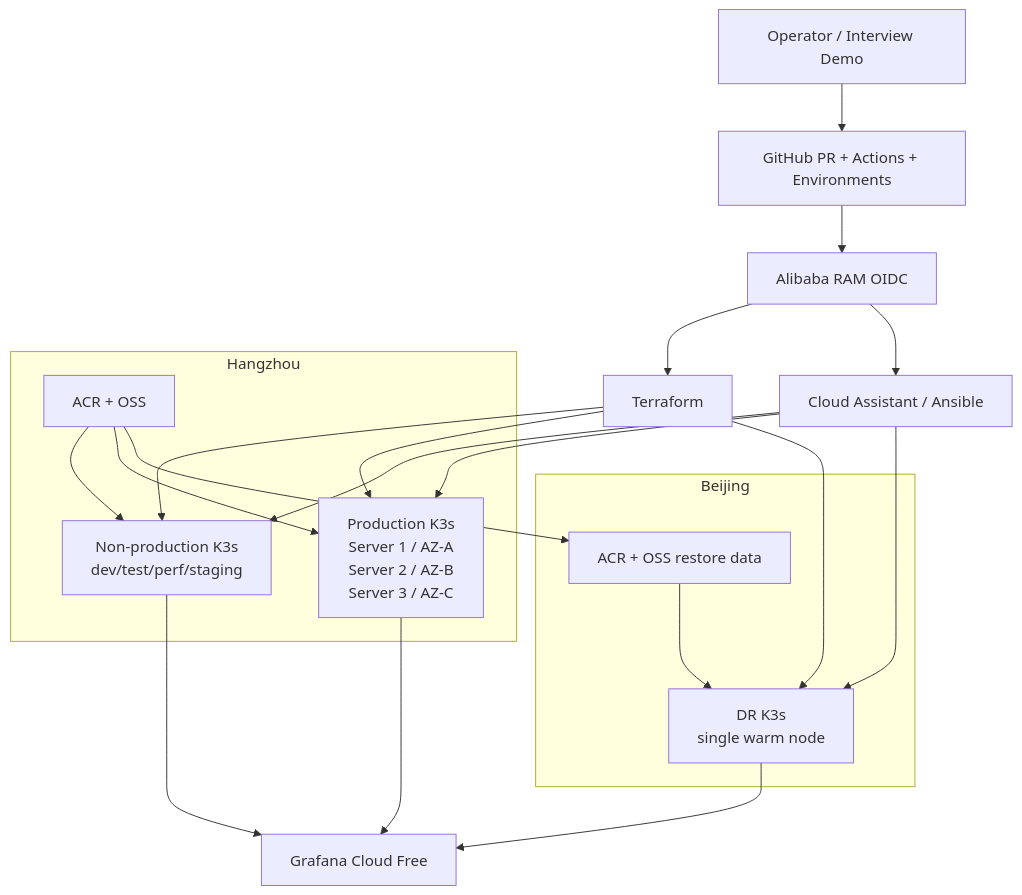
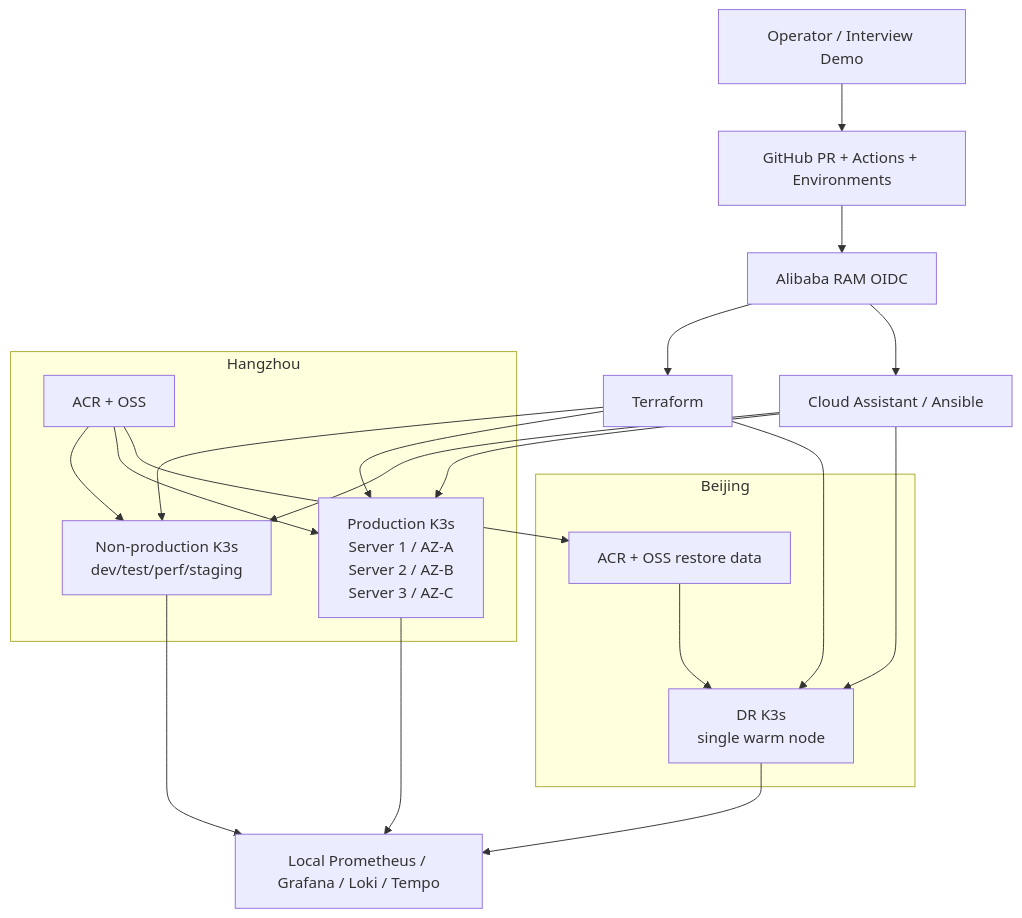
Before and after one commit to xxseehome/distributed-trading-platform: the first of 4 diagrams in docs/architecture.md, drawn with Mermaid. The commit also changed other lines of this file and 97 other files, not shown here.

````diff
--- a/docs/architecture.md
+++ b/docs/architecture.md
@@ -16,35 +17,35 @@
 ```mermaid
 flowchart TB
     USER["Operator / Interview Demo"]
     GH["GitHub PR + Actions + Environments"]
     RAM["Alibaba RAM OIDC"]
     TF["Terraform"]
     CA["Cloud Assistant / Ansible"]
-    OBS["Grafana Cloud Free"]
+    OBS["Local Prometheus / Grafana / Loki / Tempo"]
 
     USER --> GH --> RAM --> TF
     RAM --> CA
 
     subgraph HZ["Hangzhou"]
         NP["Non-production K3s<br/>dev/test/perf/staging"]
         PROD["Production K3s<br/>Server 1 / AZ-A<br/>Server 2 / AZ-B<br/>Server 3 / AZ-C"]
         HZDATA["ACR + OSS"]
     end
     subgraph BJ["Beijing"]
         DR["DR K3s<br/>single warm node"]
         BJDATA["ACR + OSS restore data"]
     end
 
     TF --> NP
     TF --> PROD
     TF --> DR
     CA --> NP
     CA --> PROD
     CA --> DR
     HZDATA --> NP
     HZDATA --> PROD
     HZDATA --> BJDATA --> DR
     NP --> OBS
     PROD --> OBS
     DR --> OBS
 ```
````
